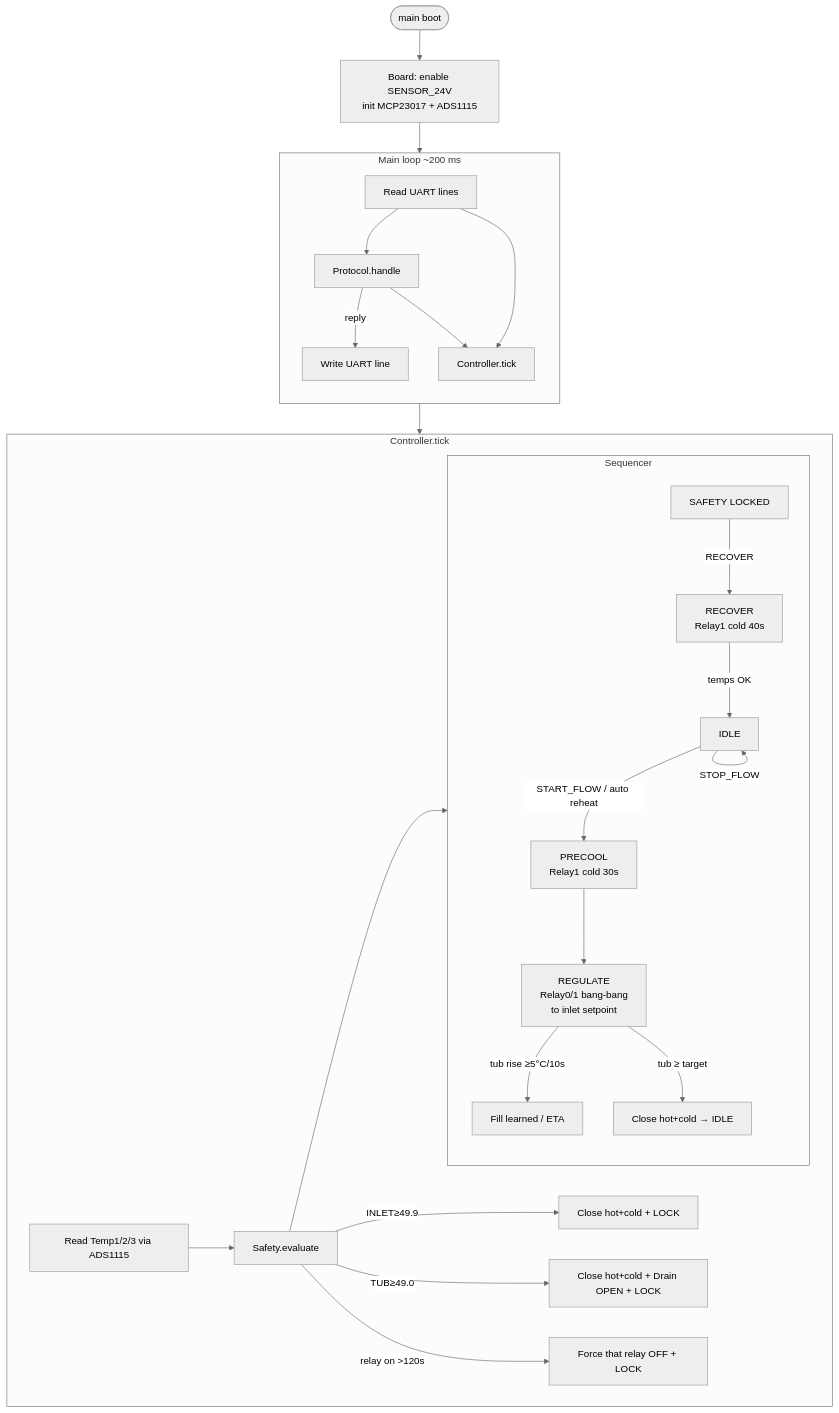
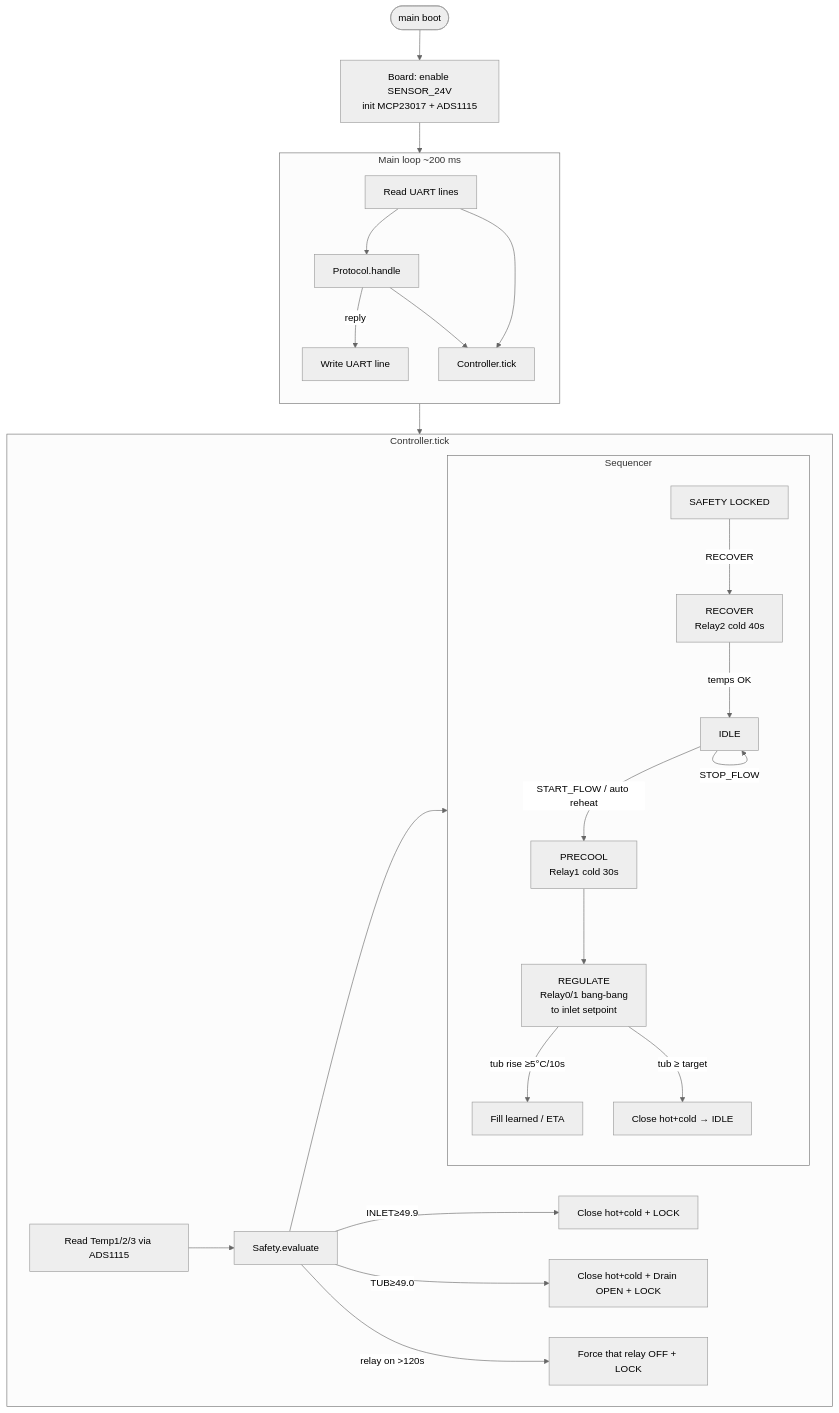
One commit to raspipcb/oddurboga-cm5-rp2350 changed the fourth of 5 diagrams in doc/diagrams.md. Above: the diagram before and after it, drawn with Mermaid (neutral theme). The commit also changed other lines of this file and 12 other files, not shown here.

````diff
--- a/doc/diagrams.md
+++ b/doc/diagrams.md
@@ -155,33 +161,33 @@
 ```mermaid
 flowchart TD
   BOOT([main boot]) --> BOARD[Board: enable SENSOR_24V<br/>init MCP23017 + ADS1115]
   BOARD --> LOOP
 
   subgraph LOOP["Main loop ~200 ms"]
     direction TB
     RX[Read UART lines] --> PROTO[Protocol.handle]
     PROTO -->|reply| TX[Write UART line]
     PROTO --> CTL[Controller.tick]
     RX --> CTL
   end
 
   subgraph TICK["Controller.tick"]
     SEN[Read Temp1/2/3 via ADS1115] --> SAF[Safety.evaluate]
     SAF -->|INLET≥49.9| K1[Close hot+cold + LOCK]
     SAF -->|TUB≥49.0| K2[Close hot+cold + Drain OPEN + LOCK]
     SAF -->|relay on >120s| K3[Force that relay OFF + LOCK]
     SAF --> PHASE
 
     subgraph PHASE["Sequencer"]
       Idle[IDLE] -->|START_FLOW / auto reheat| Pre[PRECOOL<br/>Relay1 cold 30s]
       Pre --> Reg[REGULATE<br/>Relay0/1 bang-bang<br/>to inlet setpoint]
       Reg -->|tub rise ≥5°C/10s| Fill[Fill learned / ETA]
       Reg -->|tub ≥ target| Idle2[Close hot+cold → IDLE]
       Idle -->|STOP_FLOW| Idle
-      LOCK[SAFETY LOCKED] -->|RECOVER| Rec[RECOVER<br/>Relay1 cold 40s]
+      LOCK[SAFETY LOCKED] -->|RECOVER| Rec[RECOVER<br/>Relay2 cold 40s]
       Rec -->|temps OK| Idle
     end
   end
 
   CTL --> TICK
 ```
````
